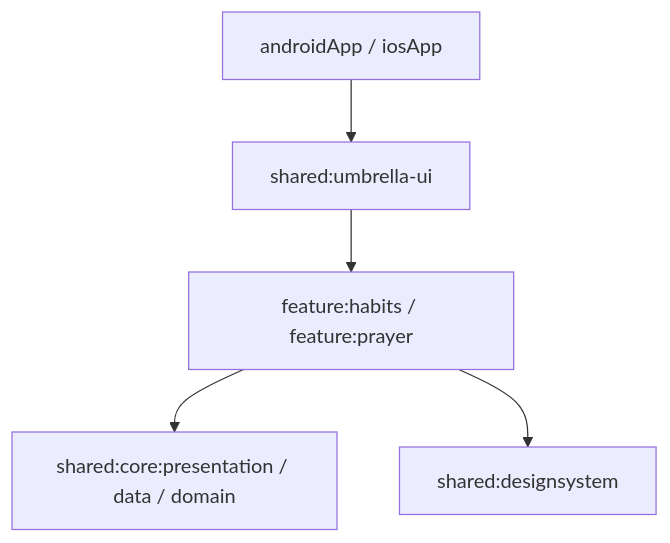
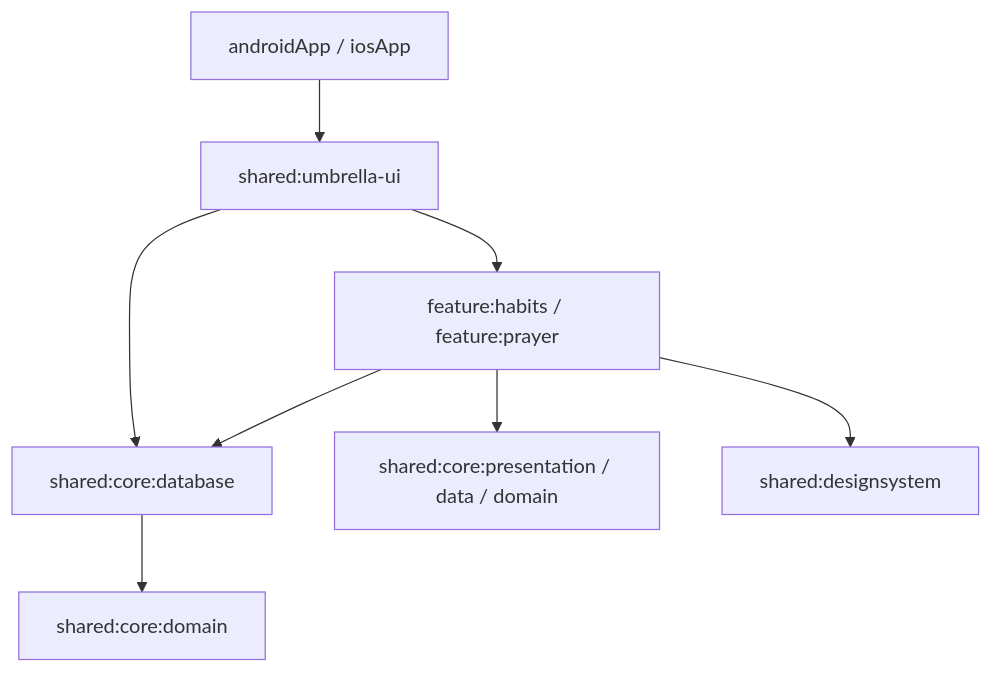
The diagram in README.md (Helmy2/Mudawama), drawn with Mermaid before and after one commit. The commit also changed 30 other files, not shown here.

````diff
--- a/README.md
+++ b/README.md
@@ -59,7 +59,10 @@
 ```mermaid
 graph TD
     App[androidApp / iosApp] --> Umbrella[shared:umbrella-ui]
     Umbrella --> Feature[feature:habits / feature:prayer]
+    Umbrella --> CoreDB[shared:core:database]
     Feature --> Core[shared:core:presentation / data / domain]
+    Feature --> CoreDB
     Feature --> Design[shared:designsystem]
+    CoreDB --> CoreDomain[shared:core:domain]
 ```
````
